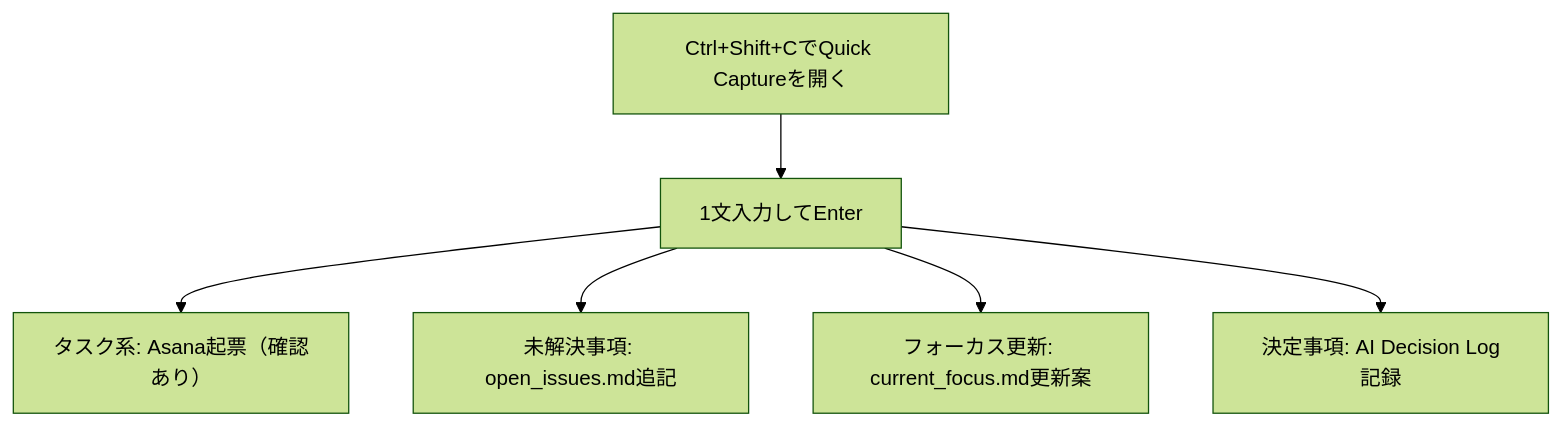
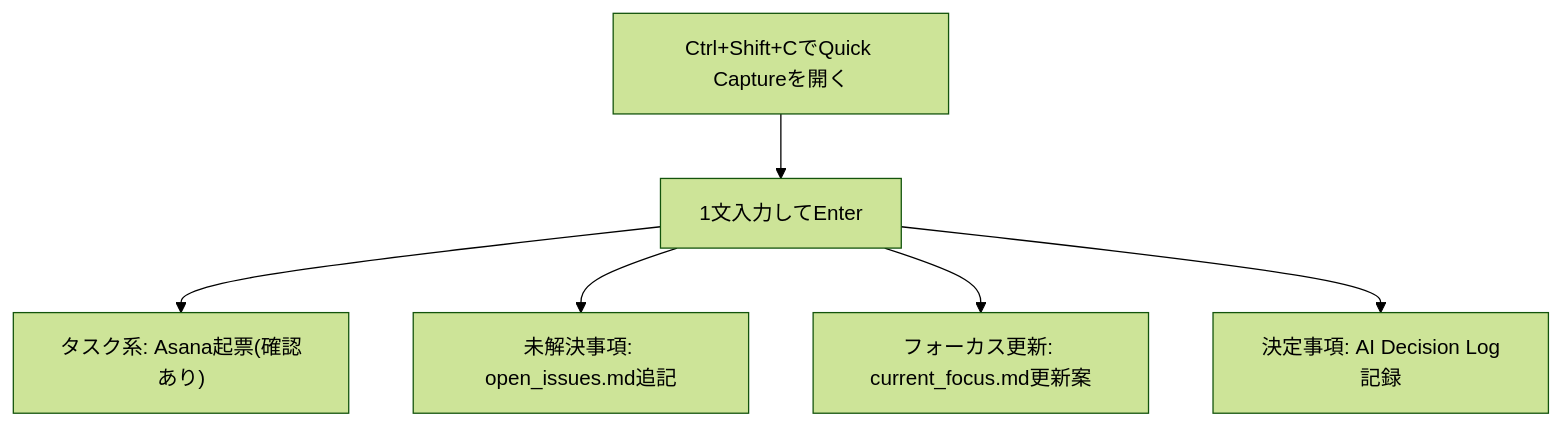
Before and after one commit to yt3trees/zenn-docs: the second of 2 diagrams in articles/ai-context-ops-curia.md, drawn with Mermaid (forest theme). The commit also changed other lines of this file, not shown here.

````diff
--- a/articles/ai-context-ops-curia.md
+++ b/articles/ai-context-ops-curia.md
@@ -275,8 +263,8 @@
 ```mermaid
 flowchart TD
     A["Ctrl+Shift+CでQuick Captureを開く"] --> D["1文入力してEnter"]
-    D --> F["タスク系: Asana起票（確認あり）"]
+    D --> F["タスク系: Asana起票(確認あり)"]
     D --> G["未解決事項: open_issues.md追記"]
     D --> H["フォーカス更新: current_focus.md更新案"]
     D --> I["決定事項: AI Decision Log記録"]
 ```
````
